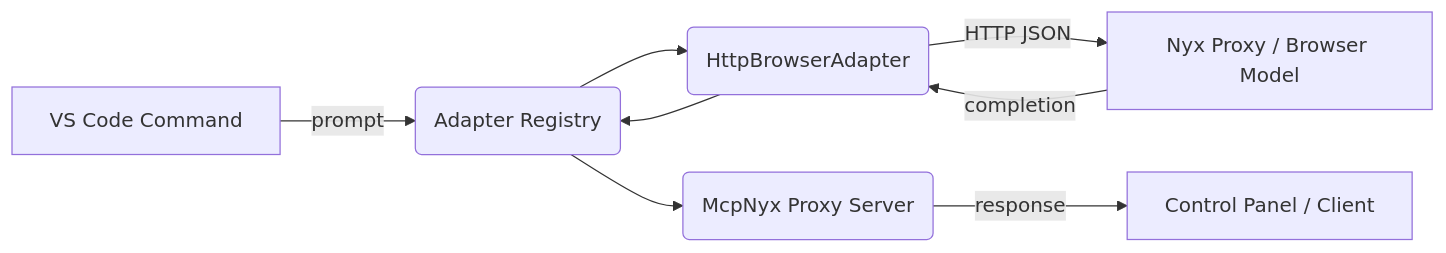
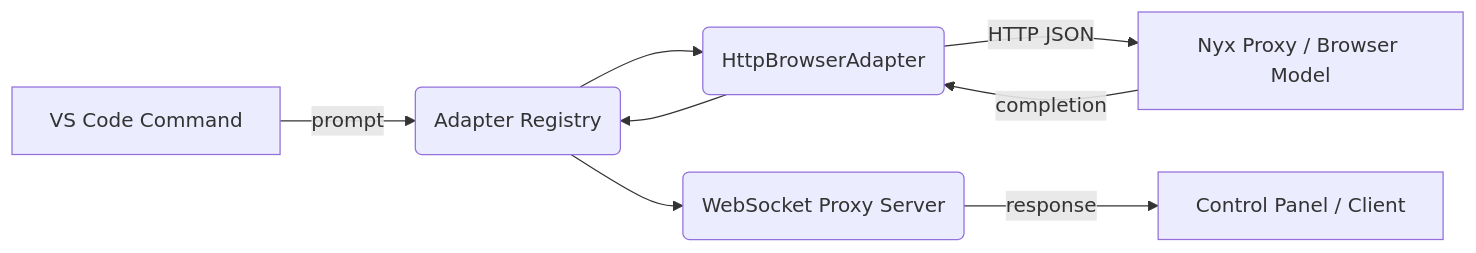
Before and after one commit to alsania-dev/devconx: the diagram in docs/architecture.md, drawn with Mermaid. The commit also changed other lines of this file and 9 other files, not shown here.

````diff
--- a/docs/architecture.md
+++ b/docs/architecture.md
@@ -11,10 +11,10 @@
 ```mermaid
 graph LR
     A[VS Code Command] -->|prompt| B(Adapter Registry)
     B --> C(HttpBrowserAdapter)
     C -->|HTTP JSON| D[Nyx Proxy / Browser Model]
     D -->|completion| C
     C --> B
-    B --> E(McpNyx Proxy Server)
+    B --> E(WebSocket Proxy Server)
     E -->|response| F[Control Panel / Client]
 ```
````
